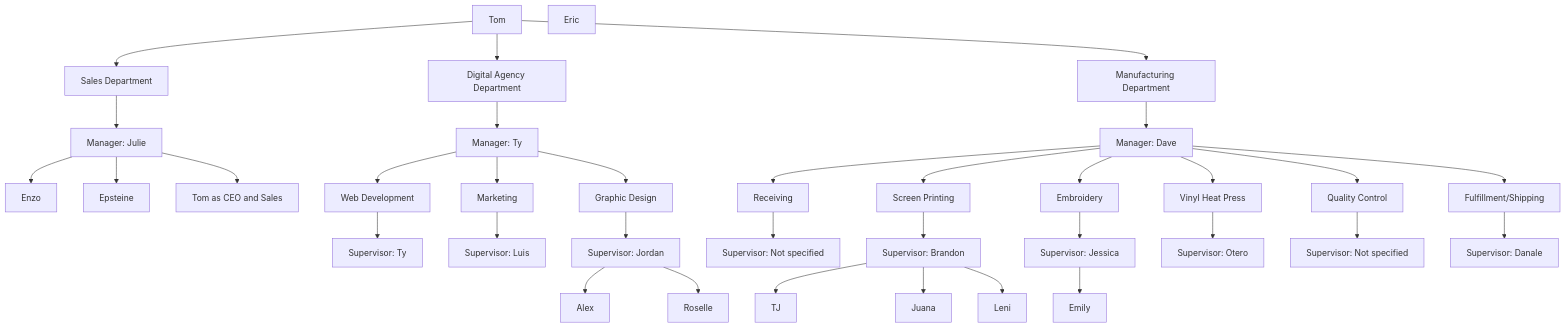
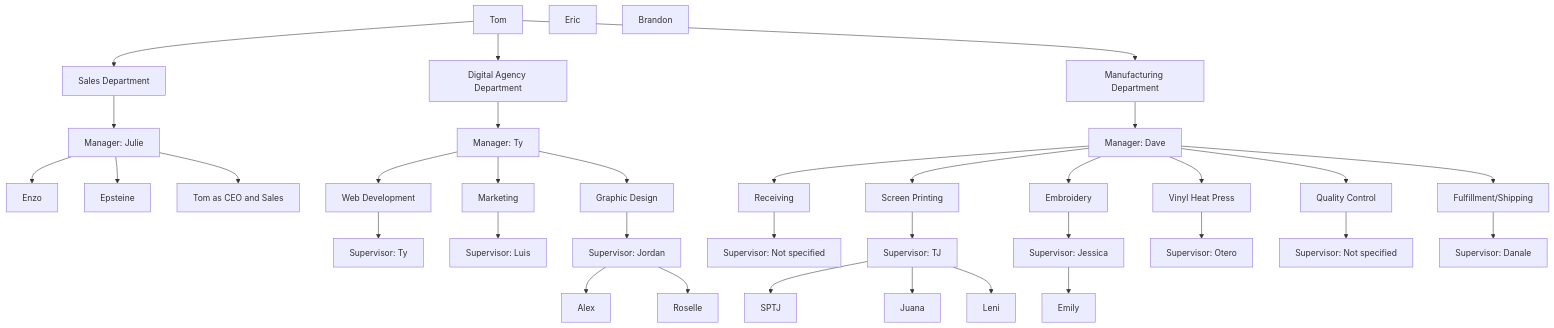
Before and after one commit to TyGrim13/4WinnerFlows: the first of 11 diagrams in README.md, drawn with Mermaid.

````diff
--- a/README.md
+++ b/README.md
@@ -28,75 +28,75 @@
 ```mermaid
 
 flowchart TD
     CEO[Tom] & Eric
     SalesDept[Sales Department]
     SalesMgr[Manager: Julie]
     Enzo[Enzo]
     Epsteine[Epsteine]
     TomAsSales[Tom as CEO and Sales]
     CEO --> SalesDept
     SalesDept --> SalesMgr
     SalesMgr --> Enzo
     SalesMgr --> Epsteine
     SalesMgr --> TomAsSales
 
     DigitalAgency[Digital Agency Department]
     DigitalMgr[Manager: Ty]
     WebDev[Web Development]
     WebSup[Supervisor: Ty]
     Marketing[Marketing]
     MarkSup[Supervisor: Luis]
     GraphicDesign[Graphic Design]
     GDSup[Supervisor: Jordan]
     Alex[Alex]
     Roselle[Roselle]
     CEO --> DigitalAgency
     DigitalAgency --> DigitalMgr
     DigitalMgr --> WebDev
     WebDev --> WebSup
     DigitalMgr --> Marketing
     Marketing --> MarkSup
     DigitalMgr --> GraphicDesign
     GraphicDesign --> GDSup
     GDSup --> Alex
     GDSup --> Roselle
 
     Manufacturing[Manufacturing Department]
     ManuMgr[Manager: Dave]
     Receiving[Receiving]
     RecSup[Supervisor: Not specified]
     ScreenPrinting[Screen Printing]
-    SP[Supervisor: Brandon]
-    SPTJ[TJ]
+    SP[Supervisor: TJ]
+    SPBrandon[Brandon]
     SPJuana[Juana]
     SPLeni[Leni]
     Embroidery[Embroidery]
     EmbSup[Supervisor: Jessica]
     Emily[Emily]
     VinylHeatPress[Vinyl Heat Press]
     VHP[Supervisor: Otero]
     QualityControl[Quality Control]
     QCSup[Supervisor: Not specified]
     FulfillmentShipping[Fulfillment/Shipping]
     FulfillSup[Supervisor: Danale]
     CEO --> Manufacturing
     Manufacturing --> ManuMgr
     ManuMgr --> Receiving
     Receiving --> RecSup
     ManuMgr --> ScreenPrinting
     ScreenPrinting --> SP
     SP --> SPTJ
     SP --> SPJuana
     SP --> SPLeni
     ManuMgr --> Embroidery
     Embroidery --> EmbSup
     EmbSup --> Emily
     ManuMgr --> VinylHeatPress
     VinylHeatPress --> VHP
     ManuMgr --> QualityControl
     QualityControl --> QCSup
     ManuMgr --> FulfillmentShipping
     FulfillmentShipping --> FulfillSup
 
 
 ```
````
